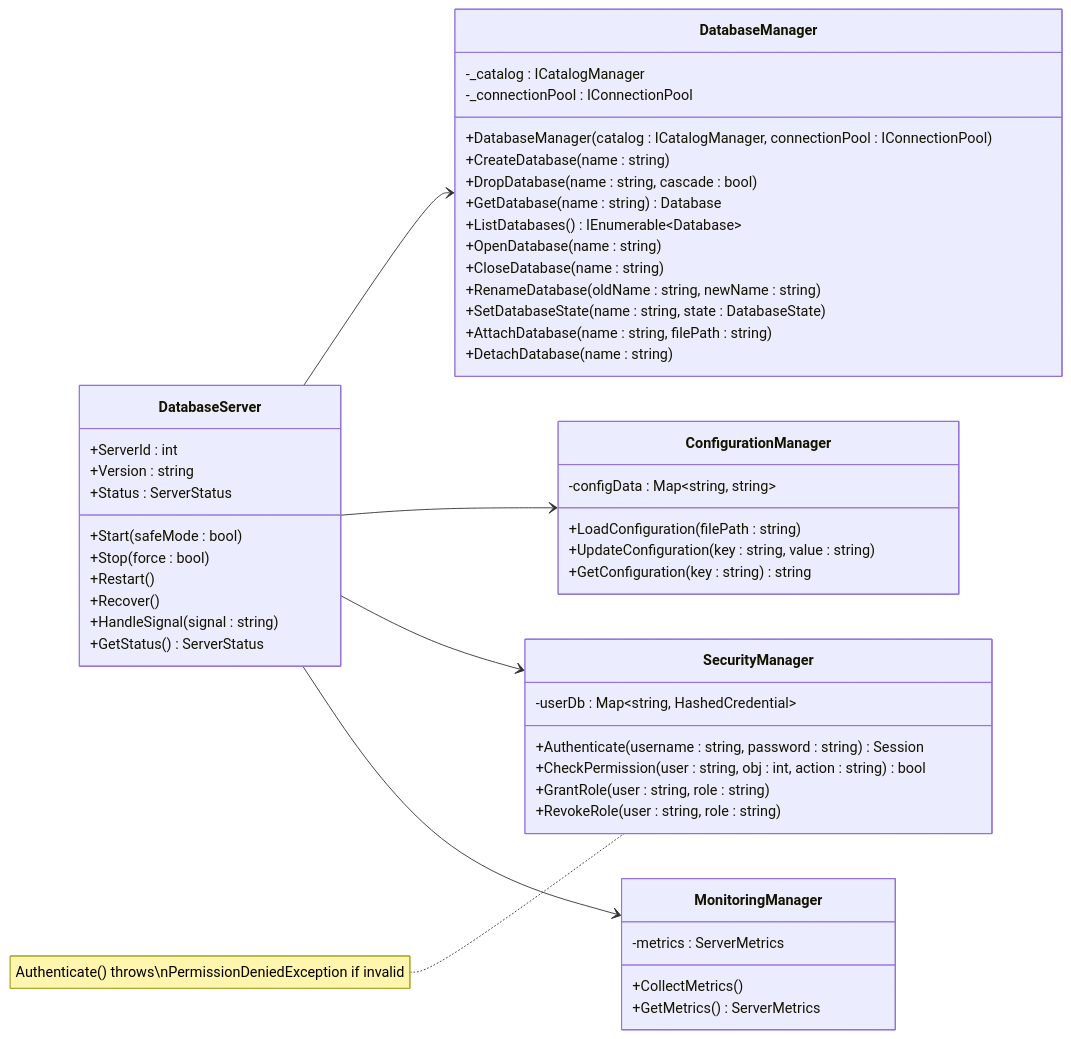
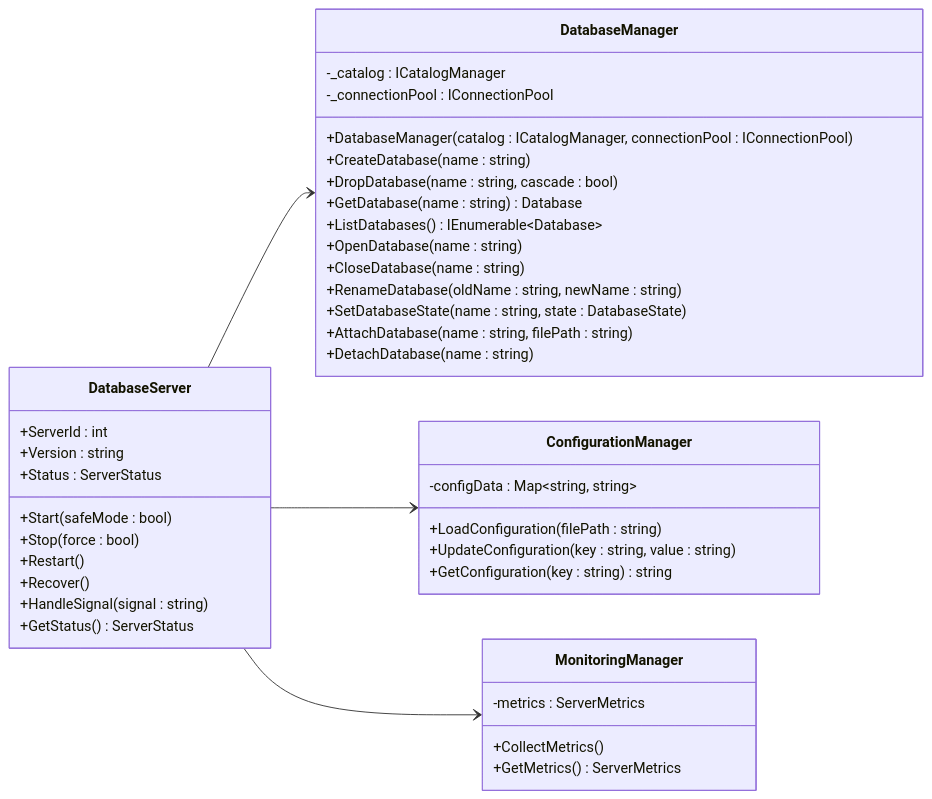
The first of 53 diagrams in docs/sequence-diagrams/README.md (Hagiakhanh/bbv-dbms), drawn with Mermaid before and after one commit. The commit also changed other lines of this file and 13 other files, not shown here.

````diff
--- a/docs/sequence-diagrams/README.md
+++ b/docs/sequence-diagrams/README.md
@@ -33,53 +33,44 @@
 ```mermaid
 classDiagram
 direction LR
 class DatabaseServer {
     +ServerId : int
     +Version : string
     +Status : ServerStatus
     +Start(safeMode : bool)
     +Stop(force : bool)
     +Restart()
     +Recover()
     +HandleSignal(signal : string)
     +GetStatus() ServerStatus
 }
 class DatabaseManager {
     -_catalog : ICatalogManager
     -_connectionPool : IConnectionPool
     +DatabaseManager(catalog : ICatalogManager, connectionPool : IConnectionPool)
     +CreateDatabase(name : string)
     +DropDatabase(name : string, cascade : bool)
     +GetDatabase(name : string) Database
     +ListDatabases() IEnumerable~Database~
     +OpenDatabase(name : string)
     +CloseDatabase(name : string)
     +RenameDatabase(oldName : string, newName : string)
     +SetDatabaseState(name : string, state : DatabaseState)
     +AttachDatabase(name : string, filePath : string)
     +DetachDatabase(name : string)
 }
 class ConfigurationManager {
     -configData : Map~string, string~
     +LoadConfiguration(filePath : string)
     +UpdateConfiguration(key : string, value : string)
     +GetConfiguration(key : string) string
 }
-class SecurityManager {
-    -userDb : Map~string, HashedCredential~
-    +Authenticate(username : string, password : string) Session
-    +CheckPermission(user : string, obj : int, action : string) bool
-    +GrantRole(user : string, role : string)
-    +RevokeRole(user : string, role : string)
-}
-note for SecurityManager "Authenticate() throws\nPermissionDeniedException if invalid"
 class MonitoringManager {
     -metrics : ServerMetrics
     +CollectMetrics()
     +GetMetrics() ServerMetrics
 }
 DatabaseServer --> DatabaseManager
 DatabaseServer --> ConfigurationManager
-DatabaseServer --> SecurityManager
 DatabaseServer --> MonitoringManager
 ```
````
